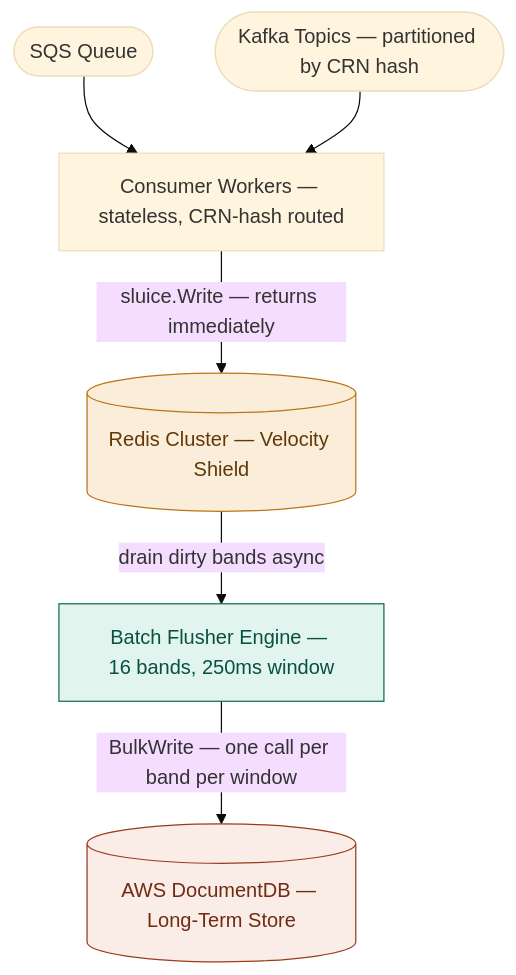
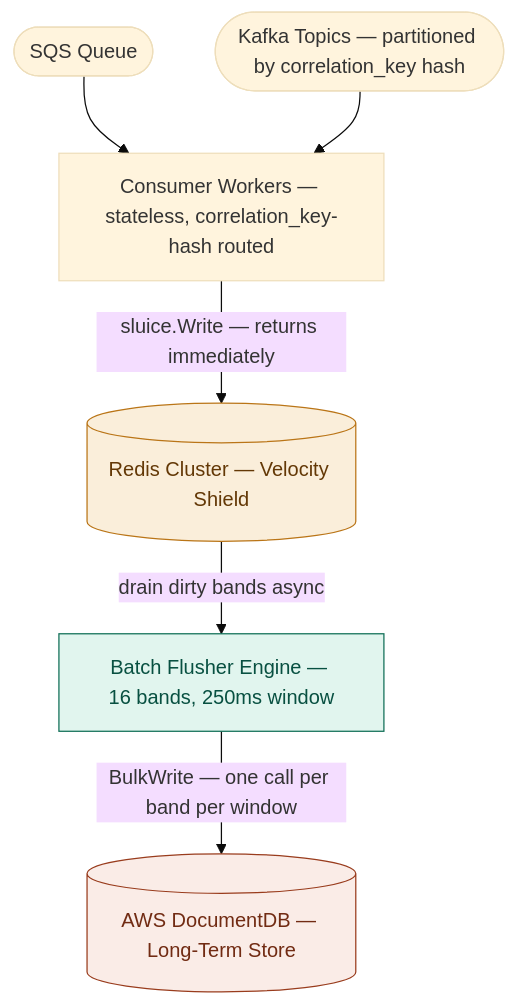
Before and after one commit to hussainpithawala/sluice-go: the second of 10 diagrams in README.md, drawn with Mermaid (base theme). The commit also changed other lines of this file and 15 other files, not shown here.

First line of the commit message:
refactor(core, examples, tests): replace `crn` with `correlationKey` for consistency

````diff
--- a/README.md
+++ b/README.md
@@ -47,19 +47,19 @@
 ```mermaid
 flowchart TD
     SQS(["SQS Queue"])
-    KAF(["Kafka Topics — partitioned by CRN hash"])
-    CON["Consumer Workers — stateless, CRN-hash routed"]
+    KAF(["Kafka Topics — partitioned by correlation_key hash"])
+    CON["Consumer Workers — stateless, correlation_key-hash routed"]
     RED[("Redis Cluster — Velocity Shield")]
     ENG["Batch Flusher Engine — 16 bands, 250ms window"]
     DB[("AWS DocumentDB — Long-Term Store")]
 
     SQS --> CON
     KAF --> CON
     CON -->|"sluice.Write — returns immediately"| RED
     RED -->|drain dirty bands async| ENG
     ENG -->|"BulkWrite — one call per band per window"| DB
 
     style RED fill:#FAEEDA,stroke:#BA7517,color:#633806
     style ENG fill:#E1F5EE,stroke:#0F6E56,color:#085041
     style DB  fill:#FAECE7,stroke:#993C1D,color:#712B13
 ```
````
